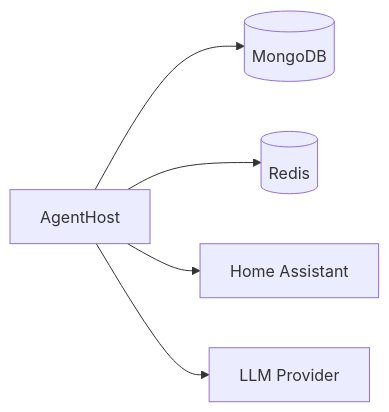
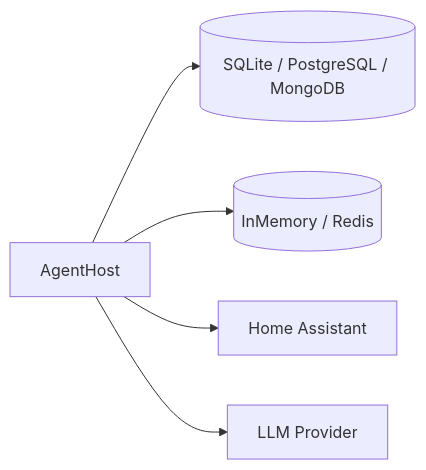
One commit to seiggy/lucia.ai changed the first of 2 diagrams in docs/deployment/overview.md. Above: the diagram before and after it, drawn with Mermaid. The commit also changed other lines of this file and 87 other files, not shown here.

````diff
--- a/docs/deployment/overview.md
+++ b/docs/deployment/overview.md
@@ -34,7 +35,7 @@
 ```mermaid
 graph LR
-    AH[AgentHost] --> MongoDB[(MongoDB)]
-    AH --> Redis[(Redis)]
+    AH[AgentHost] --> Store[(SQLite / PostgreSQL / MongoDB)]
+    AH --> Cache[(InMemory / Redis)]
     AH --> HA[Home Assistant]
     AH --> LLM[LLM Provider]
 ```
````
